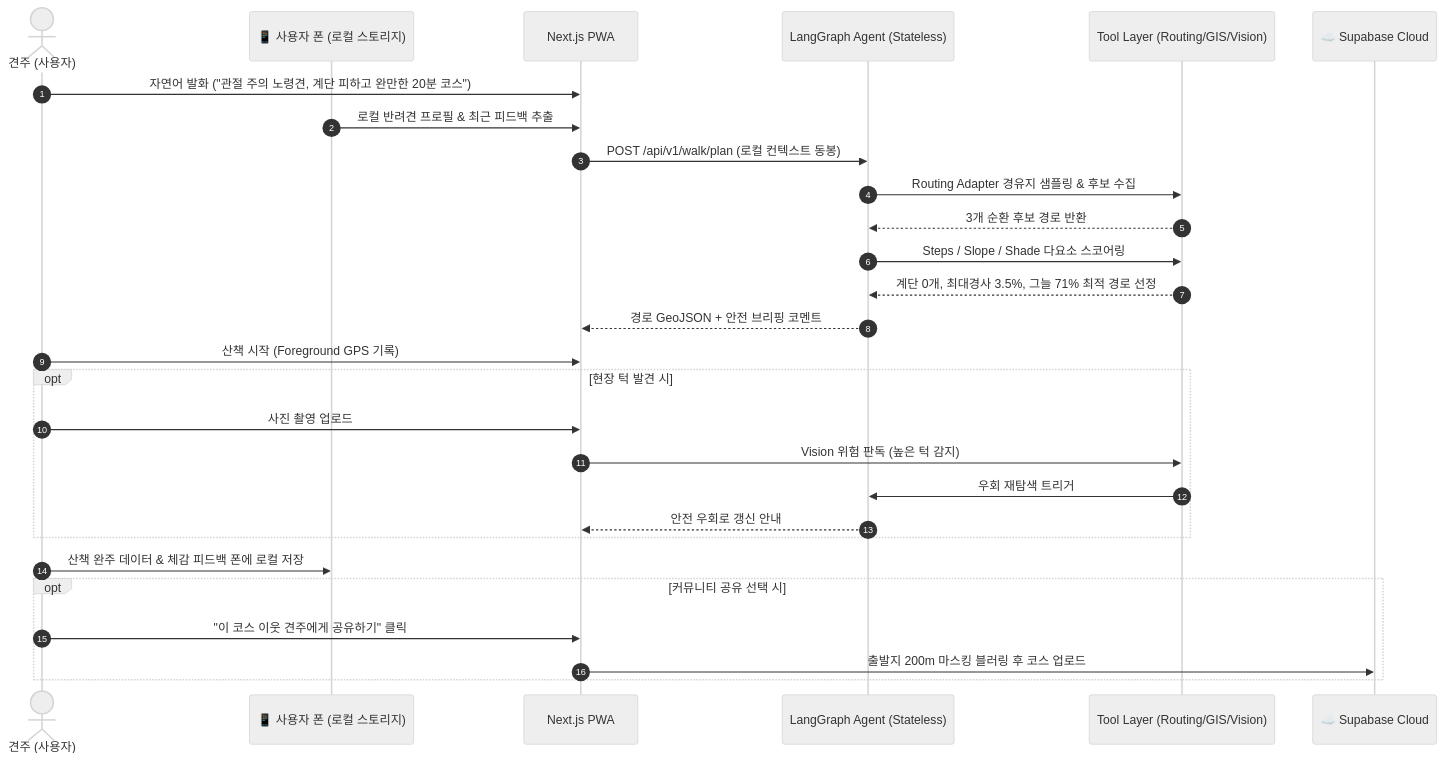
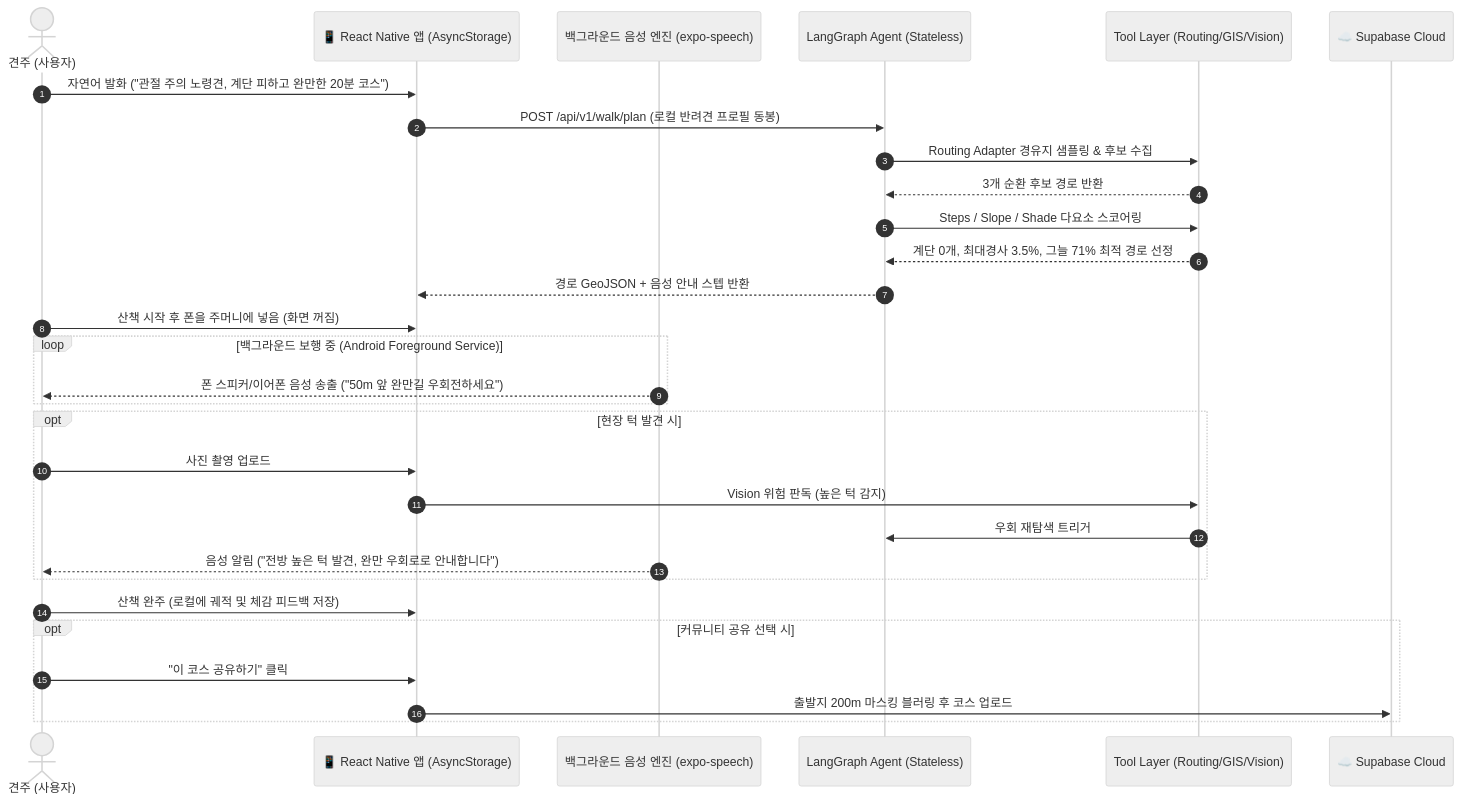
One commit to gigantess/PawTrail changed the third of 3 diagrams in docs/07_PawTrail_Presentation_Pain_Points.md. Above: the diagram before and after it, drawn with Mermaid (neutral theme). The commit also changed other lines of this file and 7 other files, not shown here.

Commit message:
포트레일의 클라이언트 기술 스택과 UX를 React Native (Expo SDK 51+) 모바일 앱, 주머니 속 시선 해방(Eyes-Free) 핸즈프리 음성 길 안내, 그리고 **EAS Build(1회 APK) + EAS Update(무선 무점검 OTA)**로 전면 재정합화하여 모든 관련 문서를 업데이트

````diff
--- a/docs/07_PawTrail_Presentation_Pain_Points.md
+++ b/docs/07_PawTrail_Presentation_Pain_Points.md
@@ -119,31 +123,33 @@
 ```mermaid
 sequenceDiagram
     autonumber
     actor User as 견주 (사용자)
-    participant Local as 📱 사용자 폰 (로컬 스토리지)
-    participant UI as Next.js PWA
+    participant App as 📱 React Native 앱 (AsyncStorage)
+    participant Navi as 백그라운드 음성 엔진 (expo-speech)
     participant Agent as LangGraph Agent (Stateless)
     participant Tools as Tool Layer (Routing/GIS/Vision)
     participant Cloud as ☁️ Supabase Cloud
 
-    User->>UI: 자연어 발화 ("관절 주의 노령견, 계단 피하고 완만한 20분 코스")
-    Local->>UI: 로컬 반려견 프로필 & 최근 피드백 추출
-    UI->>Agent: POST /api/v1/walk/plan (로컬 컨텍스트 동봉)
+    User->>App: 자연어 발화 ("관절 주의 노령견, 계단 피하고 완만한 20분 코스")
+    App->>Agent: POST /api/v1/walk/plan (로컬 반려견 프로필 동봉)
     Agent->>Tools: Routing Adapter 경유지 샘플링 & 후보 수집
     Tools-->>Agent: 3개 순환 후보 경로 반환
     Agent->>Tools: Steps / Slope / Shade 다요소 스코어링
     Tools-->>Agent: 계단 0개, 최대경사 3.5%, 그늘 71% 최적 경로 선정
-    Agent-->>UI: 경로 GeoJSON + 안전 브리핑 코멘트
-    User->>UI: 산책 시작 (Foreground GPS 기록)
+    Agent-->>App: 경로 GeoJSON + 음성 안내 스텝 반환
+    User->>App: 산책 시작 후 폰을 주머니에 넣음 (화면 꺼짐)
+    loop 백그라운드 보행 중 (Android Foreground Service)
+        Navi-->>User: 폰 스피커/이어폰 음성 송출 ("50m 앞 완만길 우회전하세요")
+    end
     opt 현장 턱 발견 시
-        User->>UI: 사진 촬영 업로드
-        UI->>Tools: Vision 위험 판독 (높은 턱 감지)
+        User->>App: 사진 촬영 업로드
+        App->>Tools: Vision 위험 판독 (높은 턱 감지)
         Tools->>Agent: 우회 재탐색 트리거
-        Agent-->>UI: 안전 우회로 갱신 안내
+        Navi-->>User: 음성 알림 ("전방 높은 턱 발견, 완만 우회로로 안내합니다")
     end
-    User->>Local: 산책 완주 데이터 & 체감 피드백 폰에 로컬 저장
+    User->>App: 산책 완주 (로컬에 궤적 및 체감 피드백 저장)
     opt 커뮤니티 공유 선택 시
-        User->>UI: "이 코스 이웃 견주에게 공유하기" 클릭
-        UI->>Cloud: 출발지 200m 마스킹 블러링 후 코스 업로드
+        User->>App: "이 코스 공유하기" 클릭
+        App->>Cloud: 출발지 200m 마스킹 블러링 후 코스 업로드
     end
 ```
````
